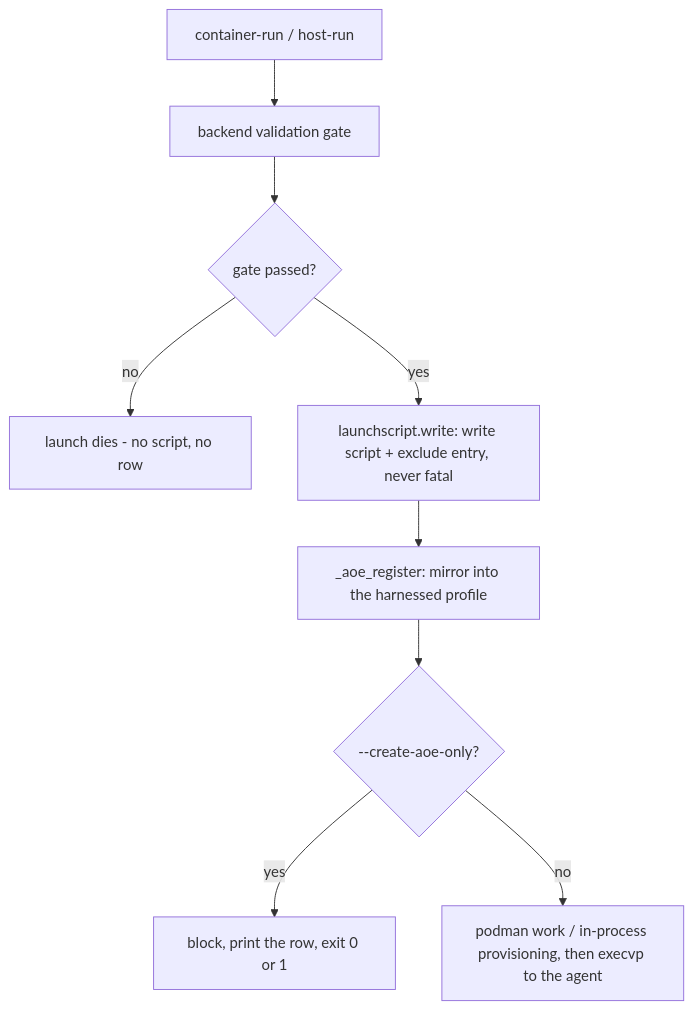
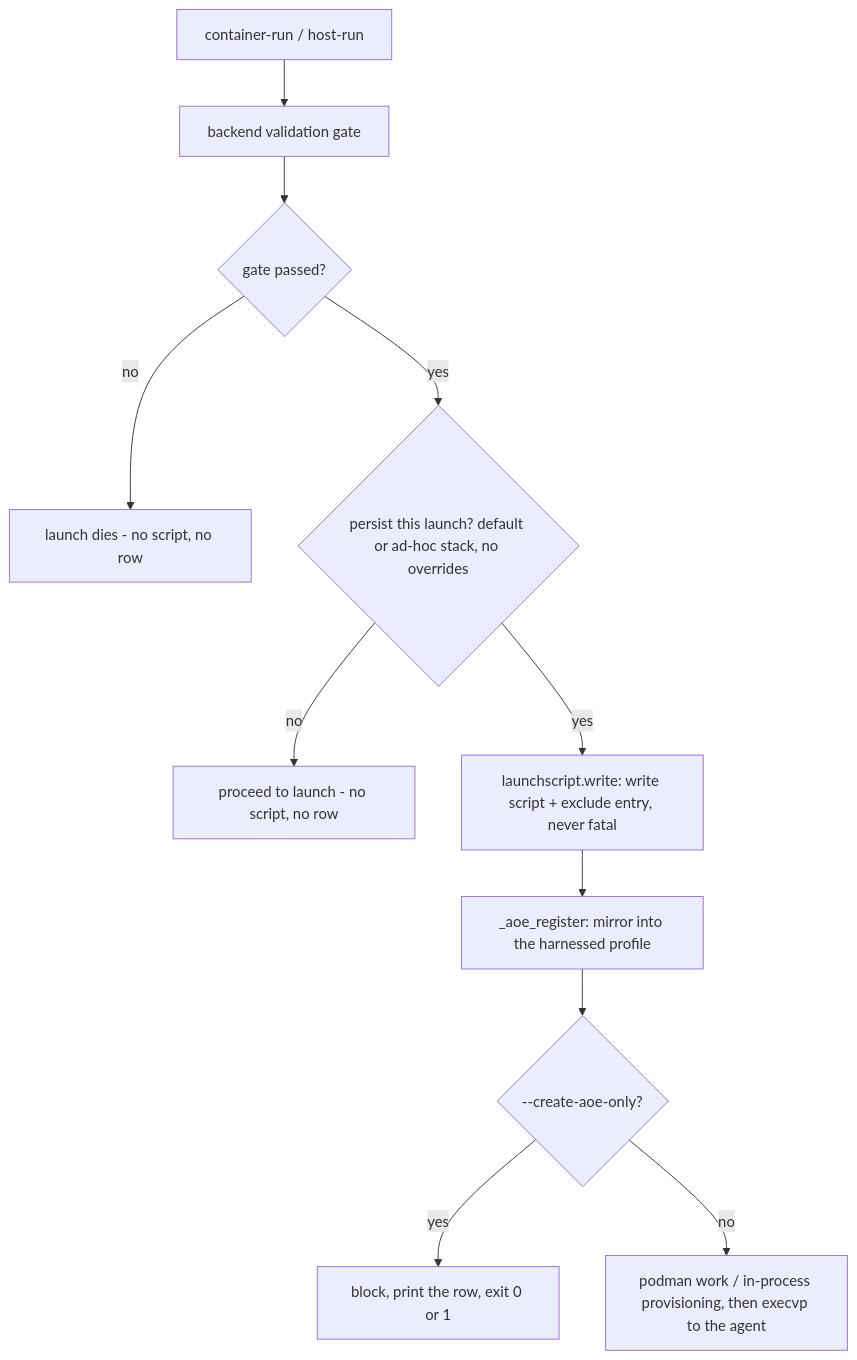
Before and after one commit to drmikecrowe/harnessed: the first of 3 diagrams in openwiki/integrations/aoe-and-launch-scripts.md, drawn with Mermaid. The commit also changed other lines of this file and 52 other files, not shown here.

````diff
--- a/openwiki/integrations/aoe-and-launch-scripts.md
+++ b/openwiki/integrations/aoe-and-launch-scripts.md
@@ -103,11 +112,13 @@
 ```mermaid
 flowchart TD
     V["container-run / host-run"] --> G["backend validation gate"]
     G --> GQ{"gate passed?"}
     GQ -->|no| DIE["launch dies - no script, no row"]
-    GQ -->|yes| W["launchscript.write: write script + exclude entry, never fatal"]
+    GQ -->|yes| P{"persist this launch? default or ad-hoc stack, no overrides"}
+    P -->|no| NEXT2["proceed to launch - no script, no row"]
+    P -->|yes| W["launchscript.write: write script + exclude entry, never fatal"]
     W --> R["_aoe_register: mirror into the harnessed profile"]
     R --> RQ{"--create-aoe-only?"}
     RQ -->|yes| EXIT["block, print the row, exit 0 or 1"]
     RQ -->|no| NEXT["podman work / in-process provisioning, then execvp to the agent"]
 ```
````
